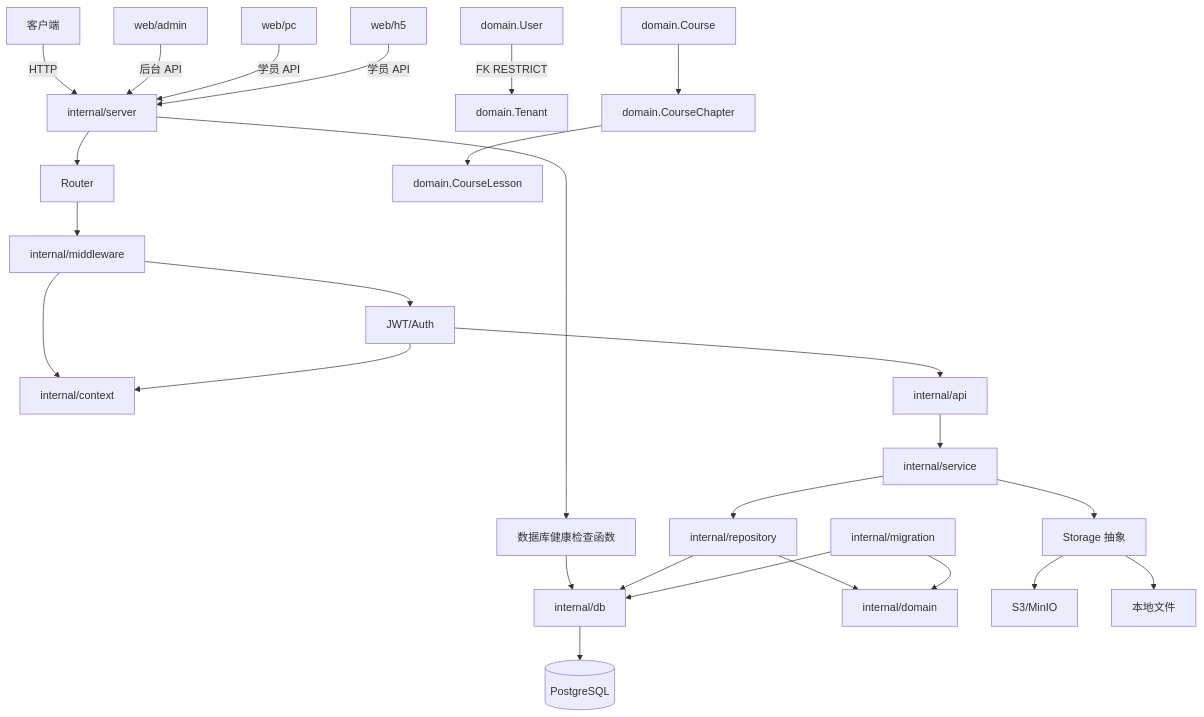
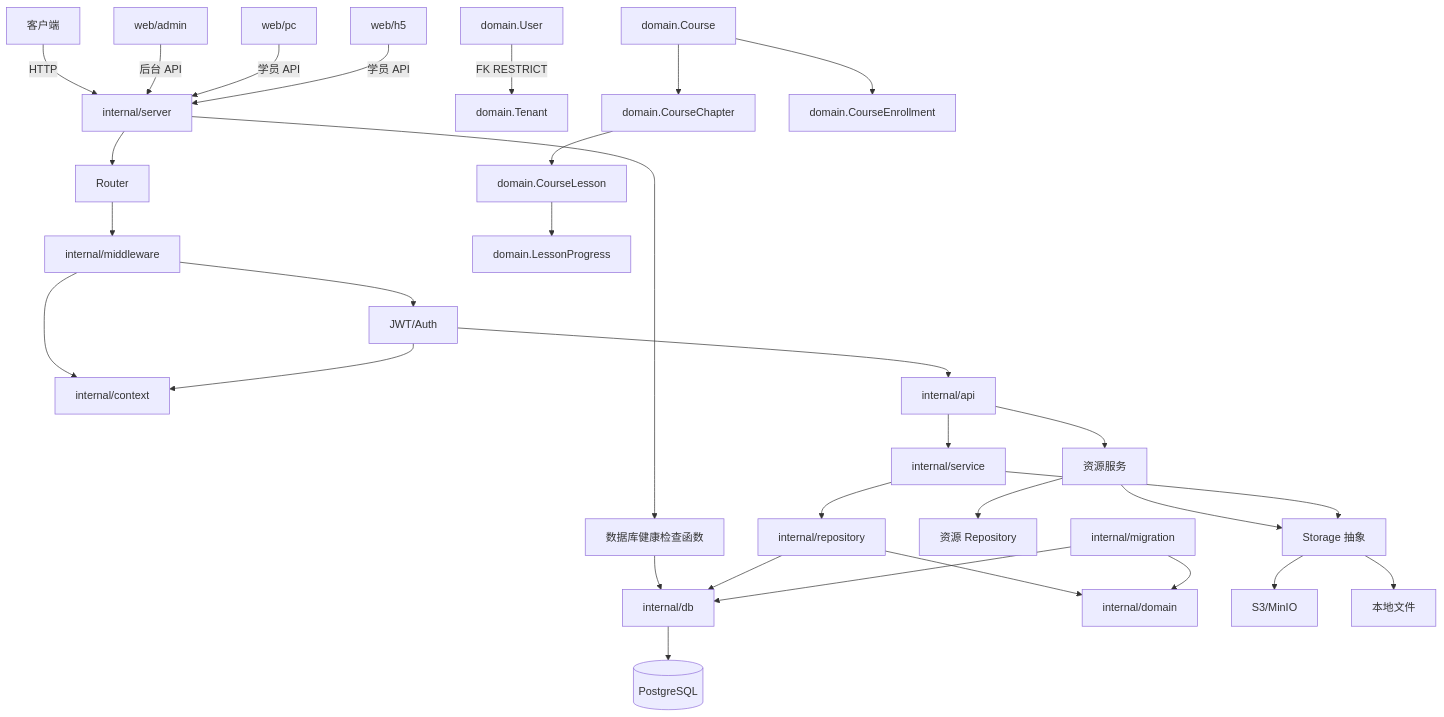
One commit to 1622359590/imaiplay changed the diagram in .codex/knowledge-graph.md. Above: the diagram before and after it, drawn with Mermaid. The commit also changed other lines of this file and 73 other files, not shown here.

Commit message:
feat: add learning progress and resource storage

````diff
--- a/.codex/knowledge-graph.md
+++ b/.codex/knowledge-graph.md
@@ -5,28 +5,33 @@
 ```mermaid
 graph TD
     Client[客户端] -->|HTTP| Server[internal/server]
     Server --> Router[Router]
     Router --> Middleware[internal/middleware]
     Middleware --> Context[internal/context]
     Middleware --> Auth[JWT/Auth]
     Auth --> Context
     Auth --> Handler[internal/api]
     Server --> DBHealth[数据库健康检查函数]
     DBHealth --> DB[internal/db]
     Handler --> Service[internal/service]
     Service --> Repository[internal/repository]
     Repository --> Domain[internal/domain]
     User[domain.User] -->|FK RESTRICT| Tenant[domain.Tenant]
     Course[domain.Course] --> Chapter[domain.CourseChapter]
     Chapter --> Lesson[domain.CourseLesson]
+    Course --> Enrollment[domain.CourseEnrollment]
+    Lesson --> Progress[domain.LessonProgress]
+    Handler --> ResourceService[资源服务]
+    ResourceService --> ResourceRepo[资源 Repository]
+    ResourceService --> Storage[Storage 抽象]
     WebAdmin[web/admin] -->|后台 API| Server
     WebPC[web/pc] -->|学员 API| Server
     WebH5[web/h5] -->|学员 API| Server
     Repository --> DB
     Migration[internal/migration] --> Domain
     Migration --> DB
     DB --> PostgreSQL[(PostgreSQL)]
     Service --> Storage[Storage 抽象]
     Storage --> S3[S3/MinIO]
     Storage --> Local[本地文件]
 ```
````
